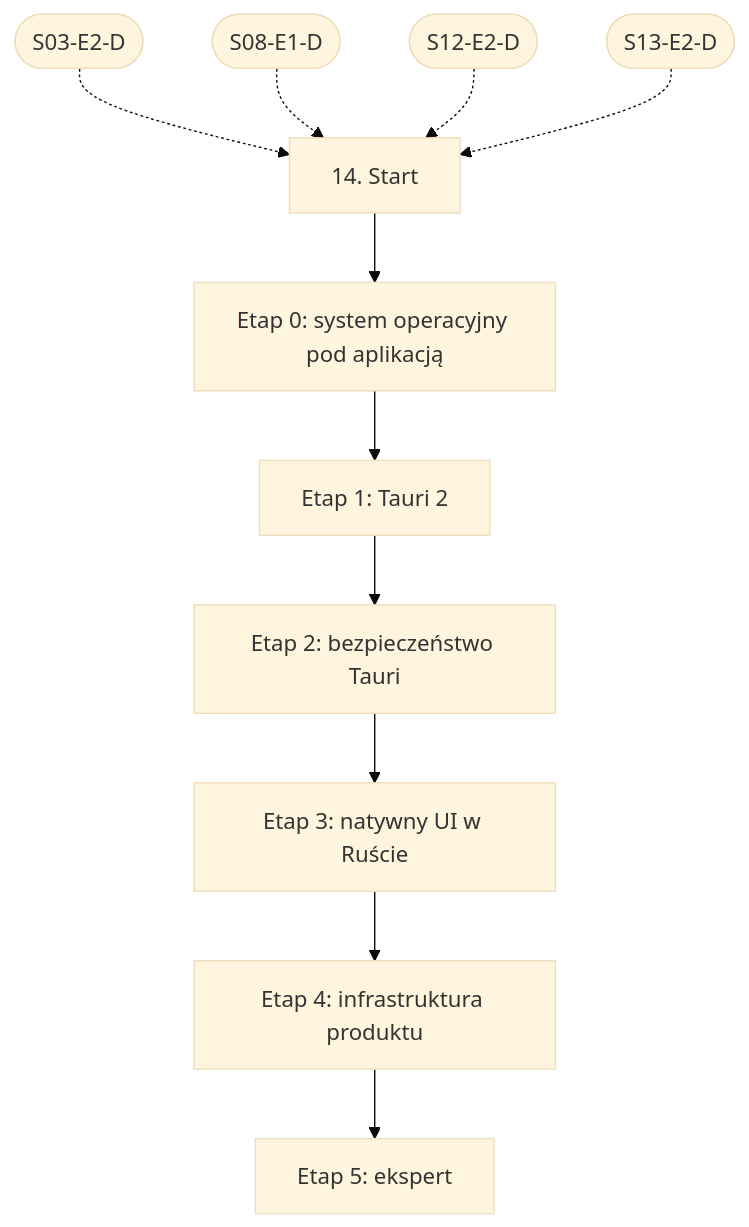
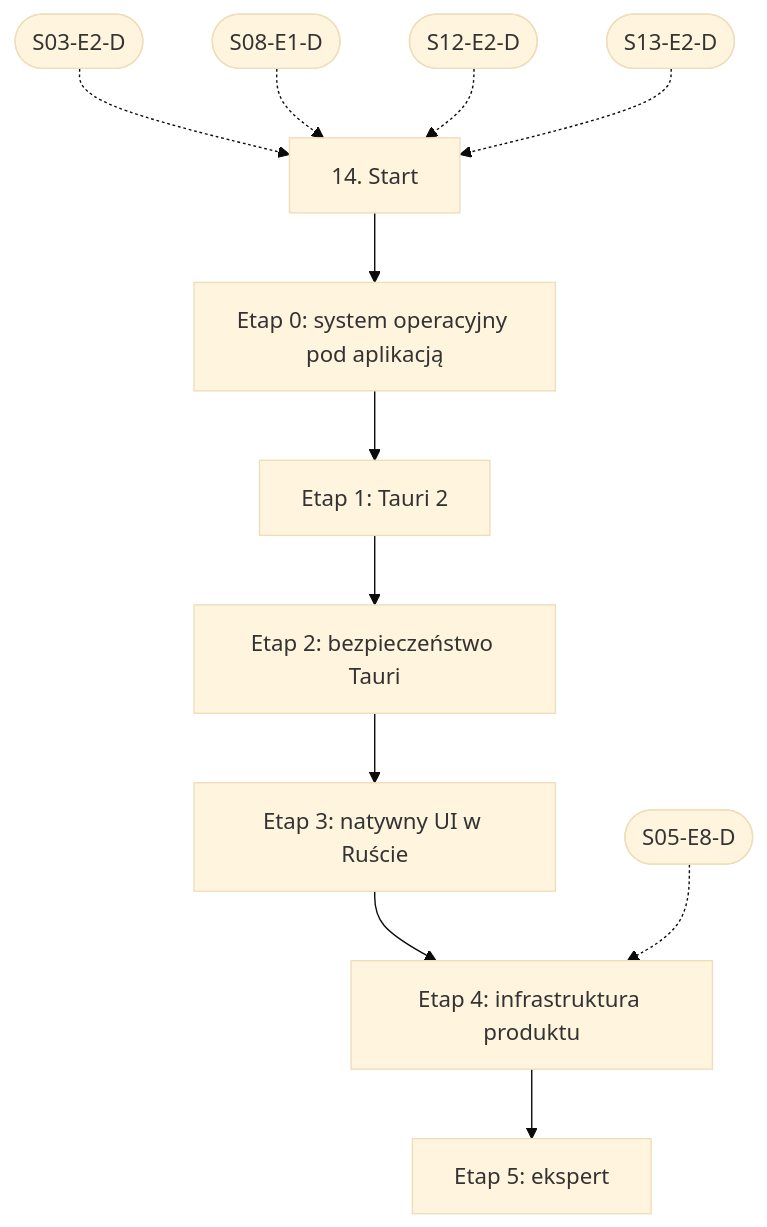
Before and after one commit to danjarosz/software-development-learning-path: the diagram in linear/14-desktop.md, drawn with Mermaid (base theme). The commit also changed other lines of this file and 65 other files, not shown here.

First line of the commit message:
feat: popraw ścieżki nauki po przeglądzie i dodaj NestJS, FastAPI i GraphQL

````diff
--- a/linear/14-desktop.md
+++ b/linear/14-desktop.md
@@ -89,20 +86,21 @@
 ```mermaid
 flowchart TD
   START["14. Start"]
   E0["Etap 0: system operacyjny pod aplikacją"]
   E1["Etap 1: Tauri 2"]
   E2["Etap 2: bezpieczeństwo Tauri"]
   E3["Etap 3: natywny UI w Ruście"]
   E4["Etap 4: infrastruktura produktu"]
   E5["Etap 5: ekspert"]
   START --> E0
   E0 --> E1
   E1 --> E2
   E2 --> E3
   E3 --> E4
+  XS05E8D(["S05-E8-D"]) -.-> E4
   E4 --> E5
   XS03E2D(["S03-E2-D"]) -.-> START
   XS08E1D(["S08-E1-D"]) -.-> START
   XS12E2D(["S12-E2-D"]) -.-> START
   XS13E2D(["S13-E2-D"]) -.-> START
 ```
````
